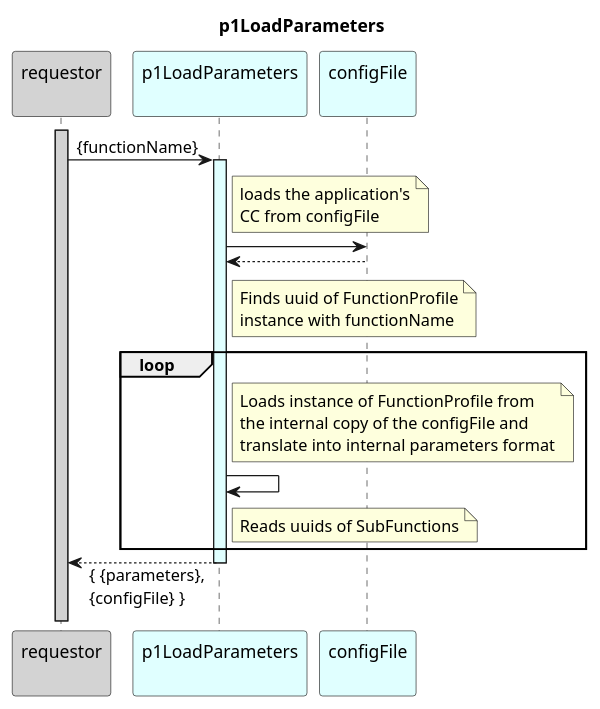
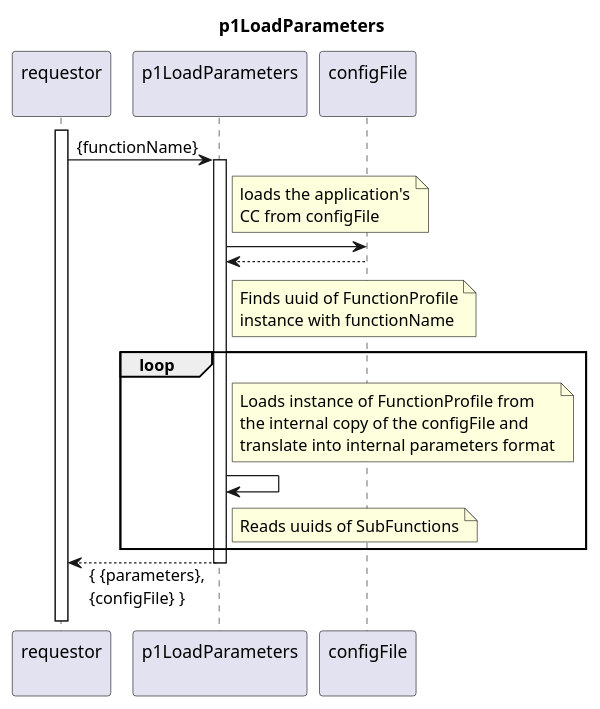
One commit to openBackhaul/DevicePerformanceManagementDataProcessor changed the diagram in spec/Functions/p1StreamPmData/p1LoadParameters/1.0.0/p1LoadParameters.plantuml. Above: the diagram before and after it, drawn with PlantUML. The commit also changed 13 other files, not shown here.

```diff
--- a/spec/Functions/p1StreamPmData/p1LoadParameters/1.0.0/p1LoadParameters.plantuml
+++ b/spec/Functions/p1StreamPmData/p1LoadParameters/1.0.0/p1LoadParameters.plantuml
@@ -1,47 +1,47 @@
 @startuml p1LoadParameters
 skinparam responseMessageBelowArrow true
 
 title
   p1LoadParameters
 end title
 
-participant "requestor\n" as p1RMWDI #LightGrey
-participant "p1LoadParameters\n" as p1LP #LightCyan
-participant "configFile\n" as p1CF #LightCyan
+participant "requestor\n" as p1RMWDI
+participant "p1LoadParameters\n" as p1LP
+participant "configFile\n" as p1CF
 
-activate p1RMWDI #LightGrey
+activate p1RMWDI
 
 p1RMWDI -> p1LP : {functionName}
-activate p1LP #LightCyan
+activate p1LP
 
   note right p1LP
     loads the application's
     CC from configFile
   end note
 
   p1LP -> p1CF
   p1LP <-- p1CF
 
   note right p1LP
     Finds uuid of FunctionProfile
     instance with functionName
   end note
 
 
   loop
     note right p1LP
       Loads instance of FunctionProfile from
       the internal copy of the configFile and
       translate into internal parameters format
     end note
     p1LP -> p1LP
 
     note right p1LP
       Reads uuids of SubFunctions
     end note
   end loop
 
 p1RMWDI <-- p1LP : { {parameters},\n{configFile} }
 deactivate p1LP
 
 @enduml
```
